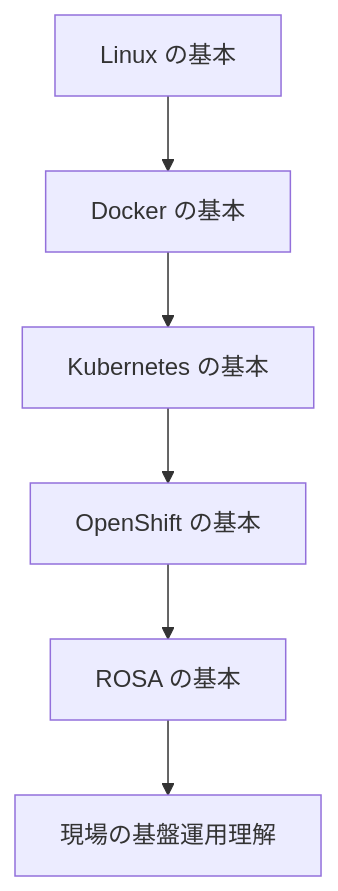
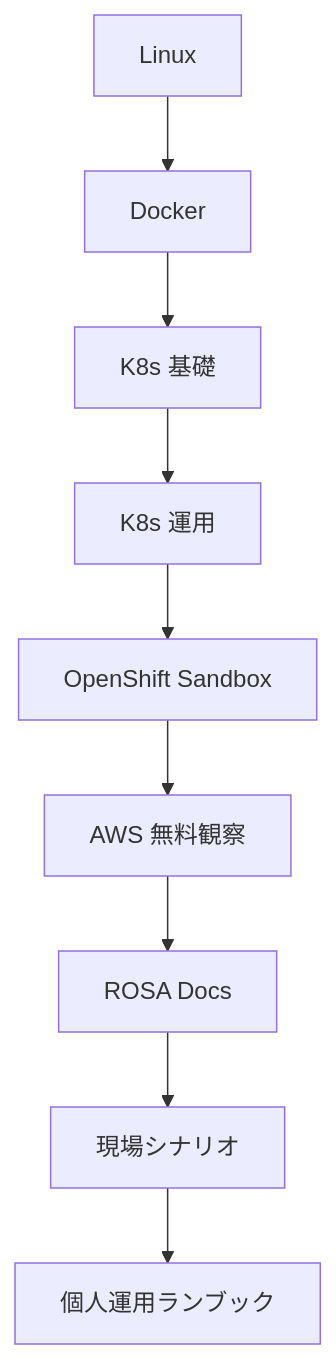
Before and after one commit to MOROISME/k8s-openshift-rosa-hands-on: the diagram in README.md, drawn with Mermaid. The commit also changed other lines of this file and 36 other files, not shown here.

First line of the commit message:
Expand the free-tier roadmap to personal ops readiness.

````diff
--- a/README.md
+++ b/README.md
@@ -23,8 +37,11 @@
 ```mermaid
 flowchart TD
-    A[Linux の基本] --> B[Docker の基本]
-    B --> C[Kubernetes の基本]
-    C --> D[OpenShift の基本]
-    D --> E[ROSA の基本]
-    E --> F[現場の基盤運用理解]
+    A[Linux] --> B[Docker]
+    B --> C[K8s 基礎]
+    C --> D[K8s 運用]
+    D --> E[OpenShift Sandbox]
+    E --> F[AWS 無料観察]
+    F --> G[ROSA Docs]
+    G --> H[現場シナリオ]
+    H --> I[個人運用ランブック]
 ```
````
